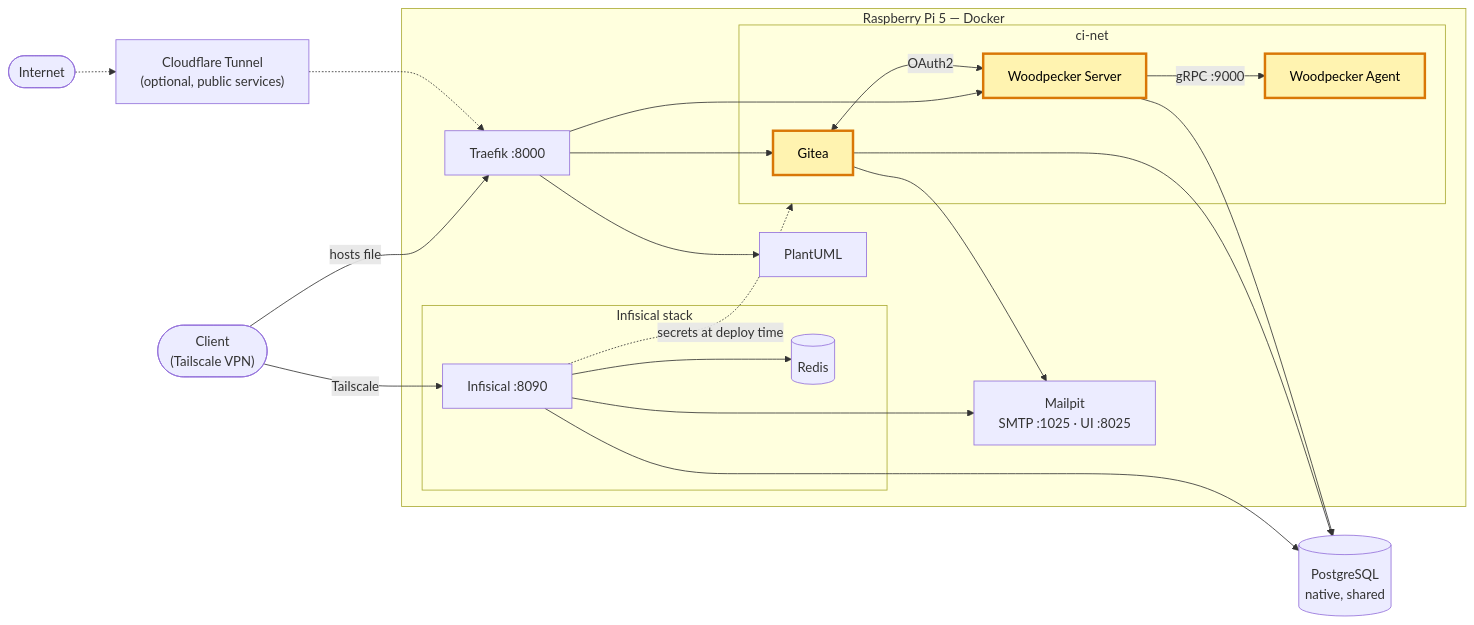
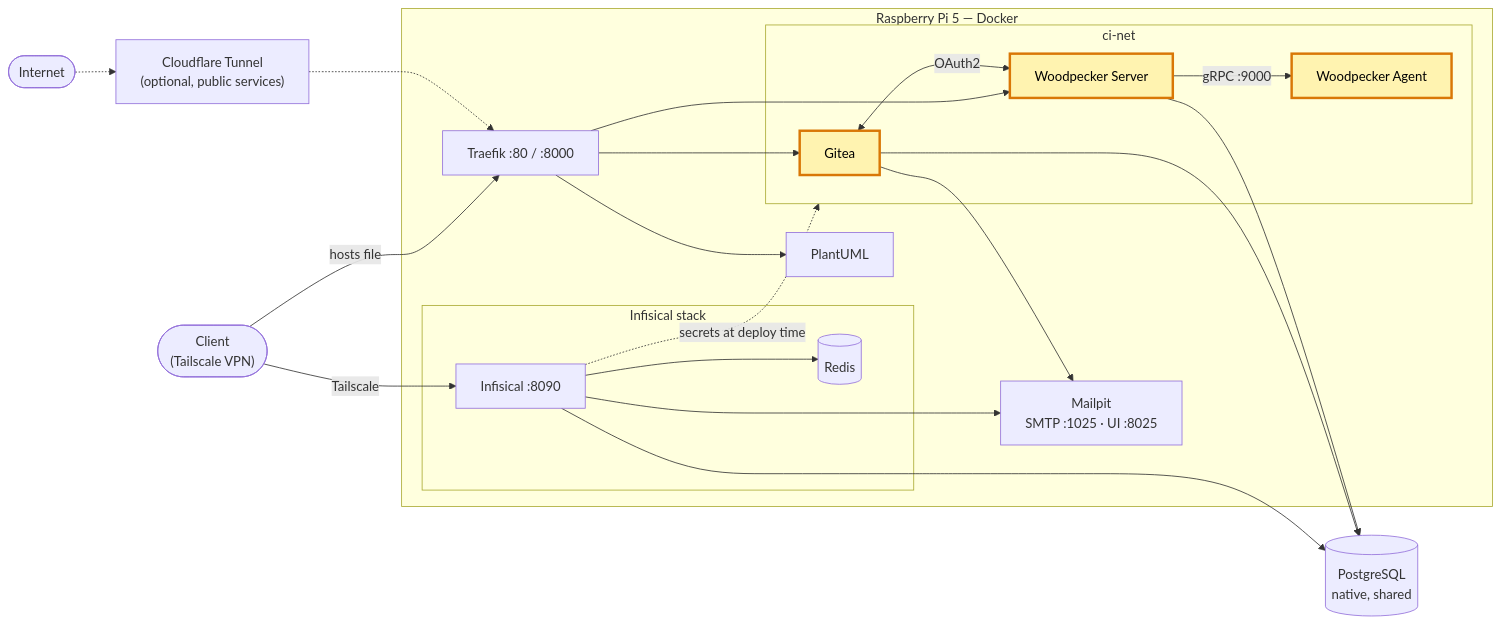
Before and after one commit to Alithiel31/woodpecker-ci-homelab: the diagram in README.fr.md, drawn with Mermaid. The commit also changed 1 other file, not shown here.

Commit message:
docs: update Traefik ports in the architecture diagram

````diff
--- a/README.fr.md
+++ b/README.fr.md
@@ -13,35 +13,35 @@
 ```mermaid
 flowchart LR
     client(["Client<br/>(Tailscale VPN)"])
     internet(["Internet"])
     cf["Cloudflare Tunnel<br/>(optional, public services)"]
     subgraph pi ["Raspberry Pi 5 — Docker"]
-        traefik["Traefik :8000"]
+        traefik["Traefik :80 / :8000"]
         subgraph ci ["ci-net"]
             gitea["Gitea"]
             wps["Woodpecker Server"]
             wpa["Woodpecker Agent"]
         end
         plantuml["PlantUML"]
         mailpit["Mailpit<br/>SMTP :1025 · UI :8025"]
         subgraph vault ["Infisical stack"]
             infisical["Infisical :8090"]
             redis[("Redis")]
         end
     end
     pg[("PostgreSQL<br/>native, shared")]
 
     client -->|"hosts file"| traefik
     internet -.-> cf -.-> traefik
     traefik --> gitea & wps & plantuml
     gitea <-->|OAuth2| wps
     wps -->|"gRPC :9000"| wpa
     gitea & wps & infisical --> pg
     infisical --> redis
     infisical & gitea --> mailpit
     client -->|"Tailscale"| infisical
     infisical -.->|"secrets at deploy time"| ci
 
     classDef current fill:#fff3b0,stroke:#d97706,stroke-width:3px,color:#000
     class gitea,wps,wpa current
 ```
````
